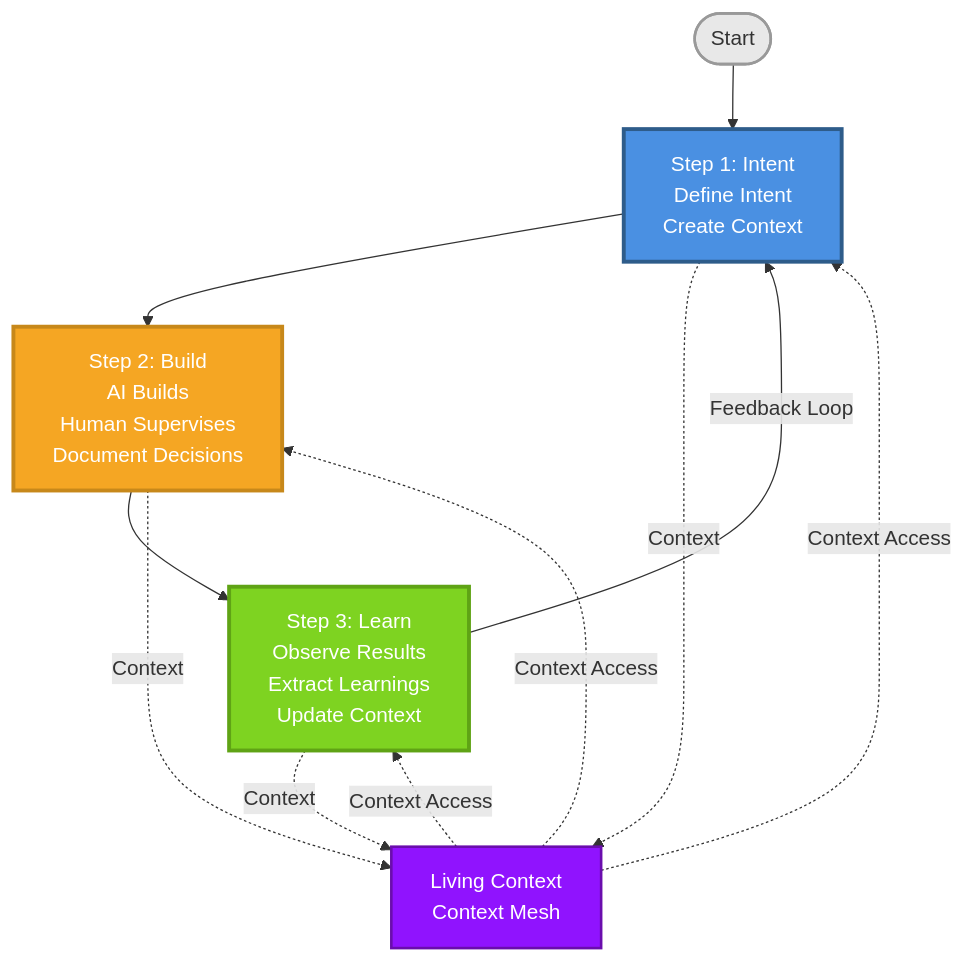
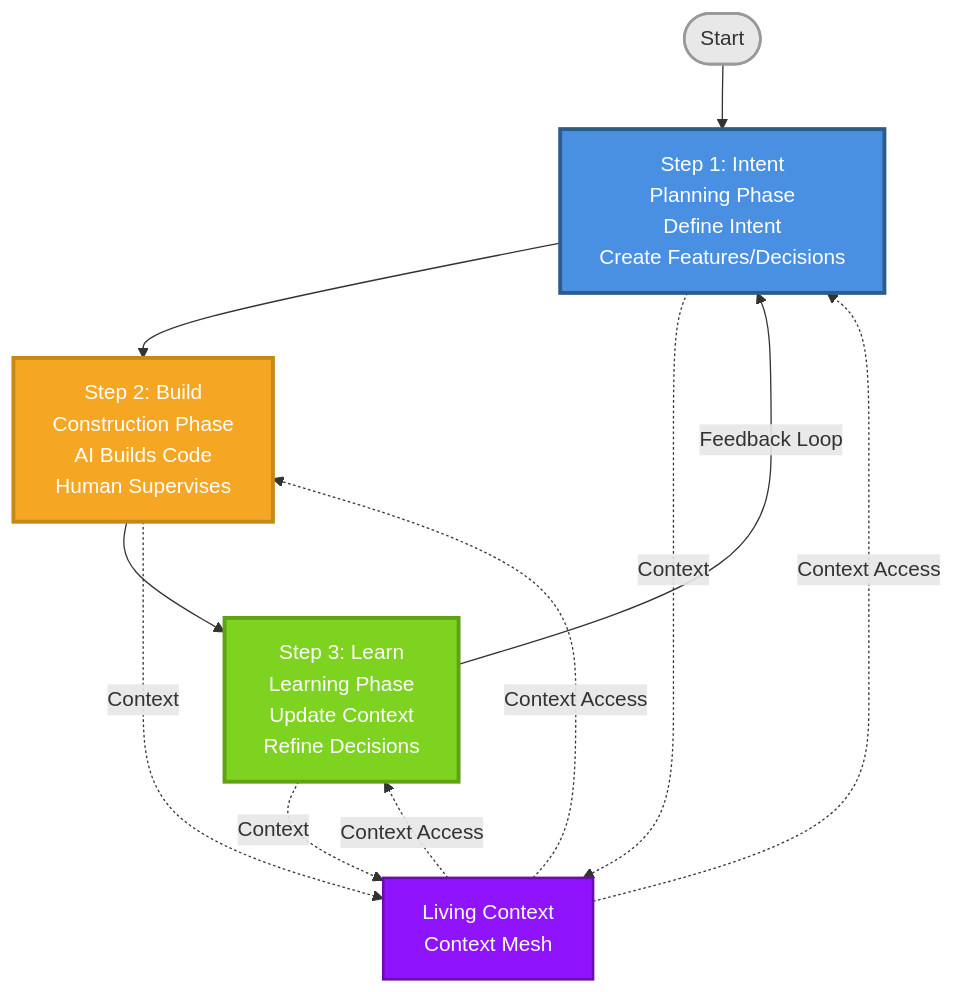
One commit to jeftarmascarenhas/context-mesh changed the first of 2 diagrams in CONTEXT_MESH_DIAGRAM.md. Above: the diagram before and after it, drawn with Mermaid. The commit also changed other lines of this file, not shown here.

````diff
--- a/CONTEXT_MESH_DIAGRAM.md
+++ b/CONTEXT_MESH_DIAGRAM.md
@@ -5,24 +5,24 @@
 ```mermaid
 graph TD
-    Start([Start]) --> Intent[Step 1: Intent<br/>Define Intent<br/>Create Context]
+    Start([Start]) --> Intent[Step 1: Intent<br/>Planning Phase<br/>Define Intent<br/>Create Features/Decisions]
     
-    Intent --> Build[Step 2: Build<br/>AI Builds<br/>Human Supervises<br/>Document Decisions]
+    Intent --> Build[Step 2: Build<br/>Construction Phase<br/>AI Builds Code<br/>Human Supervises]
     
-    Build --> Learn[Step 3: Learn<br/>Observe Results<br/>Extract Learnings<br/>Update Context]
+    Build --> Learn[Step 3: Learn<br/>Learning Phase<br/>Update Context<br/>Refine Decisions]
     
     Learn -->|Feedback Loop| Intent
     
     Intent -.->|Context| ContextMesh[Living Context<br/>Context Mesh]
     Build -.->|Context| ContextMesh
     Learn -.->|Context| ContextMesh
     
     ContextMesh -.->|Context Access| Intent
     ContextMesh -.->|Context Access| Build
     ContextMesh -.->|Context Access| Learn
     
     style Intent fill:#4A90E2,stroke:#2E5C8A,stroke-width:3px,color:#fff
     style Build fill:#F5A623,stroke:#C7881A,stroke-width:3px,color:#fff
     style Learn fill:#7ED321,stroke:#5FA315,stroke-width:3px,color:#fff
     style ContextMesh fill:#9013FE,stroke:#6A0DAD,stroke-width:2px,color:#fff
     style Start fill:#E8E8E8,stroke:#999,stroke-width:2px
 ```
````
